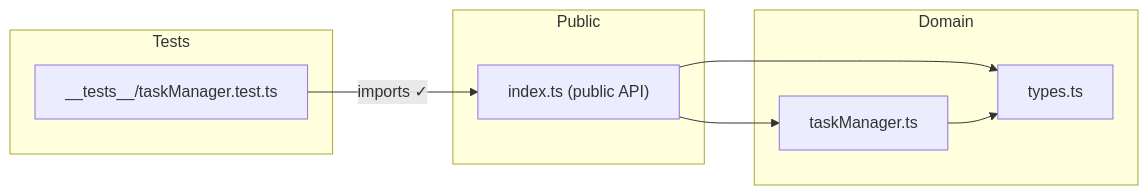
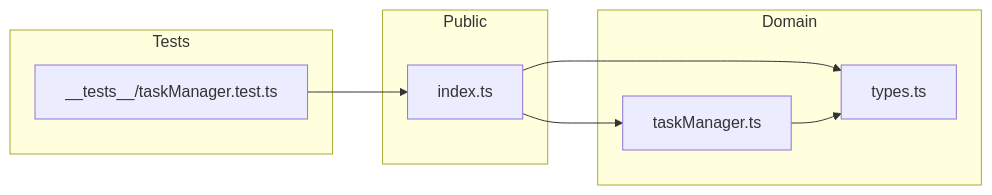
One commit to sivanbecker/home-assignements changed the second of 3 diagrams in assignments/todo-app-ts-test/docs/ARCHITECTURE.md. Above: the diagram before and after it, drawn with Mermaid. The commit also changed other lines of this file and 1 other file, not shown here.

Commit message:
docs(todo-app-ts-test): generate ARCHITECTURE.md and REVIEW.md via ts-code-viewer

````diff
--- a/assignments/todo-app-ts-test/docs/ARCHITECTURE.md
+++ b/assignments/todo-app-ts-test/docs/ARCHITECTURE.md
@@ -41,20 +48,20 @@
 ```mermaid
 graph LR
   subgraph Tests
     test["__tests__/taskManager.test.ts"]
   end
 
   subgraph Public
-    index["index.ts (public API)"]
+    index["index.ts"]
   end
 
   subgraph Domain
     manager["taskManager.ts"]
     types["types.ts"]
   end
 
-  test -->|"imports ✓"| index
+  test --> index
   index --> manager
   index --> types
   manager --> types
 ```
````
